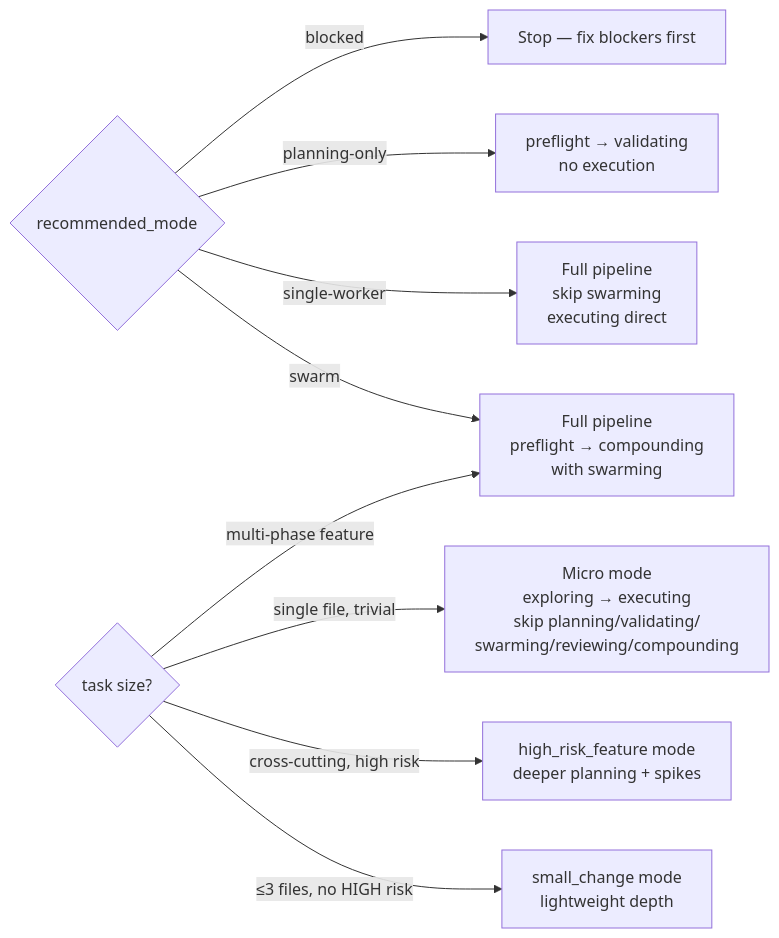
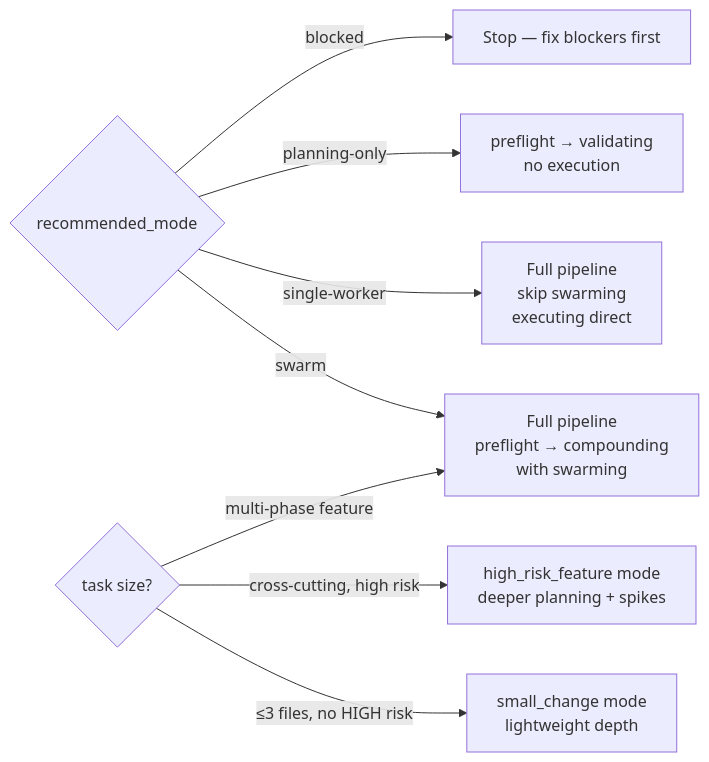
Before and after one commit to quanpersie2001/skills: the sixth of 7 diagrams in docs/ARCHITECTURE.md, drawn with Mermaid. The commit also changed other lines of this file and 8 other files, not shown here.

````diff
--- a/docs/ARCHITECTURE.md
+++ b/docs/ARCHITECTURE.md
@@ -617,14 +625,13 @@
 ```mermaid
 flowchart LR
     mode{recommended_mode}
     mode -->|swarm| full[Full pipeline\npreflight → compounding\nwith swarming]
     mode -->|single-worker| sw[Full pipeline\nskip swarming\nexecuting direct]
     mode -->|planning-only| po[preflight → validating\nno execution]
     mode -->|blocked| bl[Stop — fix blockers first]
 
     user{task size?}
     user -->|≤3 files, no HIGH risk| quick[small_change mode\nlightweight depth]
     user -->|cross-cutting, high risk| hr[high_risk_feature mode\ndeeper planning + spikes]
-    user -->|single file, trivial| micro[Micro mode\nexploring → executing\nskip planning/validating/\nswarming/reviewing/compounding]
     user -->|multi-phase feature| full
 ```
````
